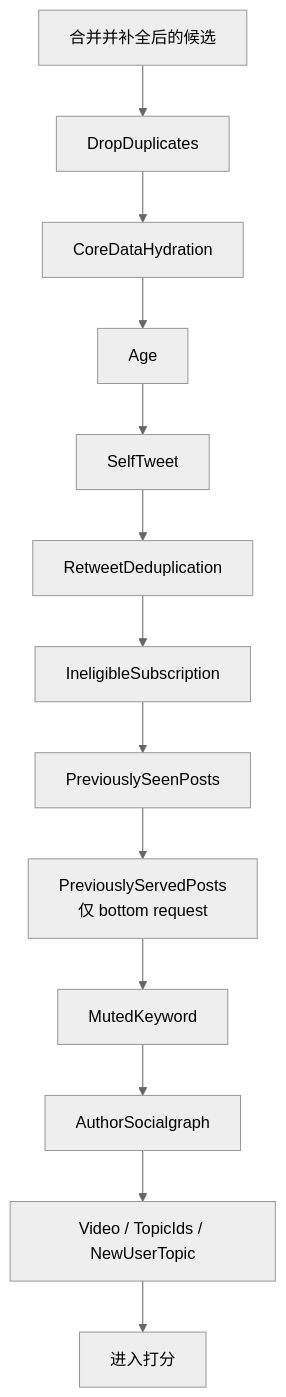
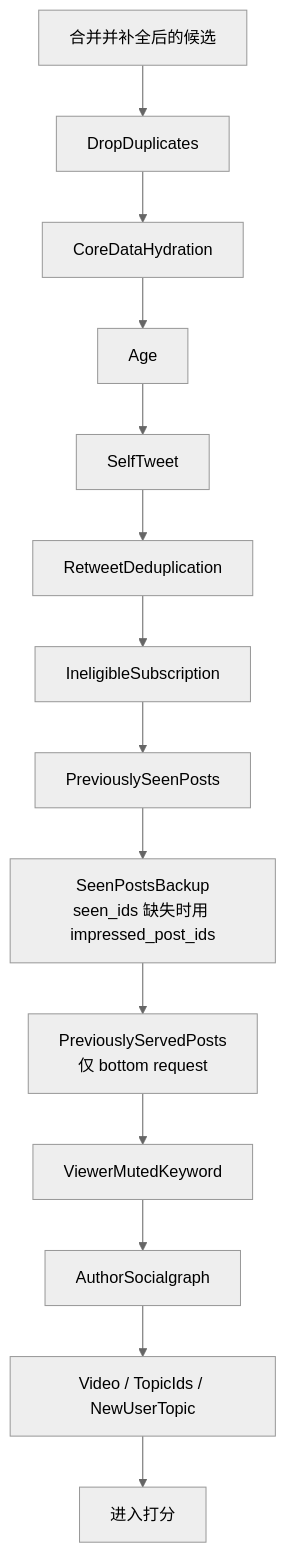
The second of 4 diagrams in docs/home-mixer/04-retrieval-filter-ranking.md (freefcw/x-algorithm), drawn with Mermaid (neutral theme) before and after one commit. The commit also changed other lines of this file and 15 other files, not shown here.

````diff
--- a/docs/home-mixer/04-retrieval-filter-ranking.md
+++ b/docs/home-mixer/04-retrieval-filter-ranking.md
@@ -80,15 +80,16 @@
 ```mermaid
 flowchart TD
     A["合并并补全后的候选"] --> F1["DropDuplicates"]
     F1 --> F2["CoreDataHydration"]
     F2 --> F3["Age"]
     F3 --> F4["SelfTweet"]
     F4 --> F5["RetweetDeduplication"]
     F5 --> F6["IneligibleSubscription"]
     F6 --> F7["PreviouslySeenPosts"]
-    F7 --> F8["PreviouslyServedPosts<br/>仅 bottom request"]
-    F8 --> F9["MutedKeyword"]
+    F7 --> F7B["SeenPostsBackup<br/>seen_ids 缺失时用 impressed_post_ids"]
+    F7B --> F8["PreviouslyServedPosts<br/>仅 bottom request"]
+    F8 --> F9["ViewerMutedKeyword"]
     F9 --> F10["AuthorSocialgraph"]
     F10 --> F11["Video / TopicIds / NewUserTopic"]
     F11 --> B["进入打分"]
 ```
````
